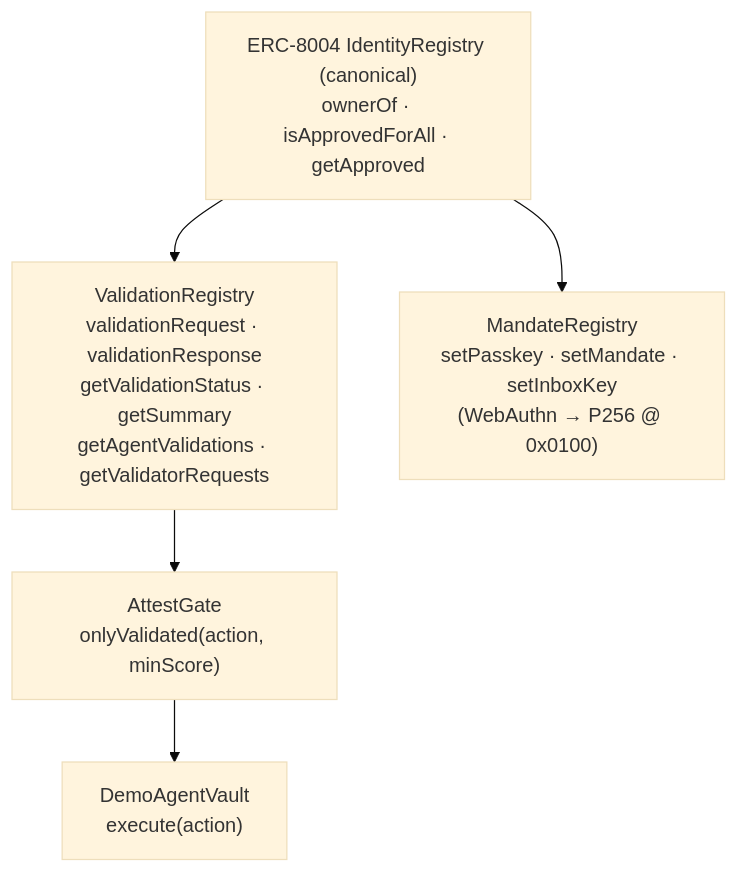
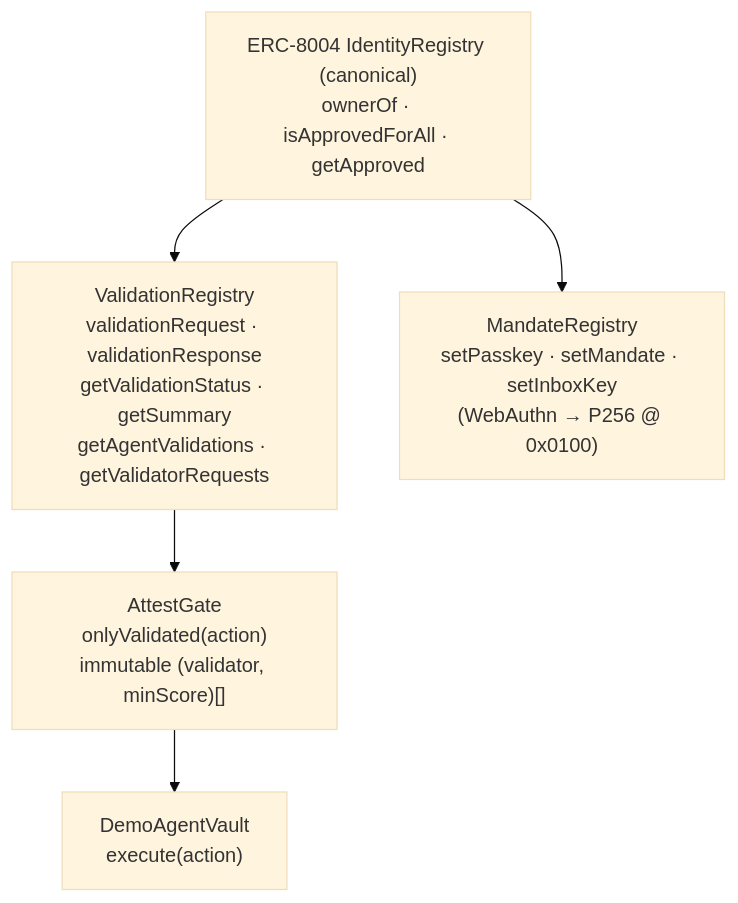
One commit to AmitChowdary122/attest8004 changed the second of 5 diagrams in ARCHITECTURE.md. Above: the diagram before and after it, drawn with Mermaid (base theme). The commit also changed other lines of this file and 1 other file, not shown here.

First line of the commit message:
docs: correct gate claims found in the P2 final review

````diff
--- a/ARCHITECTURE.md
+++ b/ARCHITECTURE.md
@@ -88,12 +88,12 @@
 ```mermaid
 flowchart TB
   ID["ERC-8004 IdentityRegistry (canonical)<br/>ownerOf · isApprovedForAll · getApproved"]
   VR["ValidationRegistry<br/>validationRequest · validationResponse<br/>getValidationStatus · getSummary<br/>getAgentValidations · getValidatorRequests"]
   MR["MandateRegistry<br/>setPasskey · setMandate · setInboxKey<br/>(WebAuthn → P256 @ 0x0100)"]
-  G["AttestGate<br/>onlyValidated(action, minScore)"]
+  G["AttestGate<br/>onlyValidated(action)<br/>immutable (validator, minScore)[]"]
   V["DemoAgentVault<br/>execute(action)"]
   ID --> VR
   ID --> MR
   VR --> G
   G --> V
 ```
````
